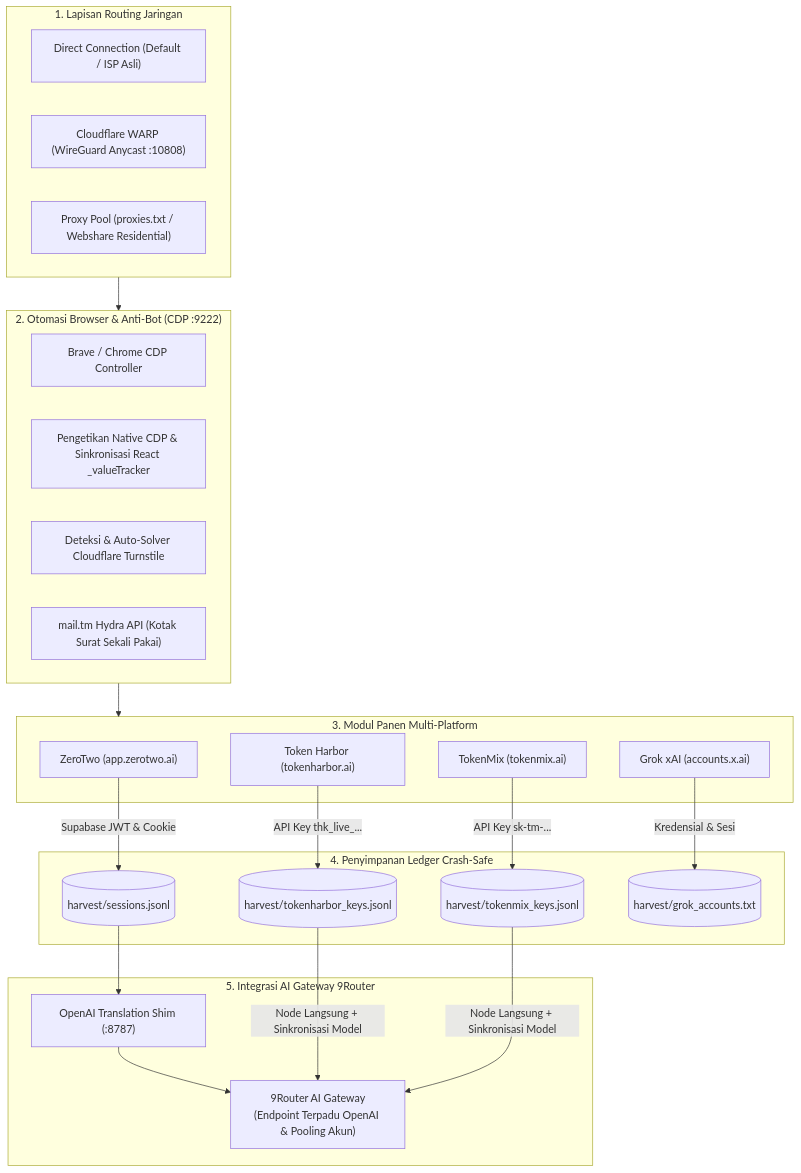
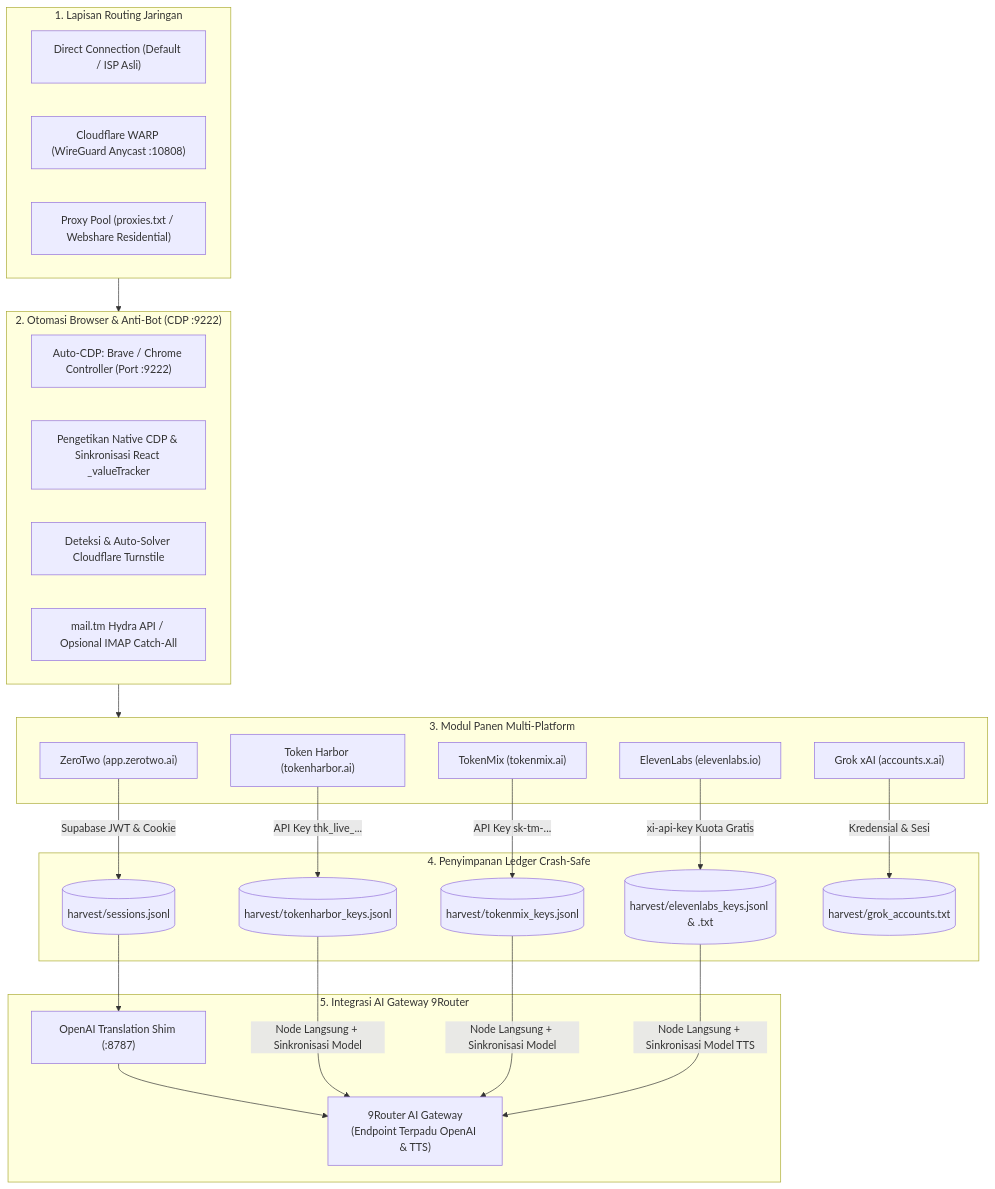
One commit to Hazz-i/llm-harvester changed the diagram in docs/README.id.md. Above: the diagram before and after it, drawn with Mermaid. The commit also changed other lines of this file and 13 other files, not shown here.

Commit message:
feat: integrate ElevenLabs key harvester, remove start-browser.sh and update auto-CDP

````diff
--- a/docs/README.id.md
+++ b/docs/README.id.md
@@ -89,46 +90,50 @@
 ```mermaid
 flowchart TD
     subgraph Routing["1. Lapisan Routing Jaringan"]
         R1["Direct Connection (Default / ISP Asli)"]
         R2["Cloudflare WARP (WireGuard Anycast :10808)"]
         R3["Proxy Pool (proxies.txt / Webshare Residential)"]
     end
 
     subgraph Automation["2. Otomasi Browser & Anti-Bot (CDP :9222)"]
-        CDP["Brave / Chrome CDP Controller"]
+        CDP["Auto-CDP: Brave / Chrome Controller (Port :9222)"]
         REACT["Pengetikan Native CDP & Sinkronisasi React _valueTracker"]
         TURN["Deteksi & Auto-Solver Cloudflare Turnstile"]
-        MAIL["mail.tm Hydra API (Kotak Surat Sekali Pakai)"]
+        MAIL["mail.tm Hydra API / Opsional IMAP Catch-All"]
     end
 
     subgraph Harvesters["3. Modul Panen Multi-Platform"]
         ZT["ZeroTwo (app.zerotwo.ai)"]
         TH["Token Harbor (tokenharbor.ai)"]
         TM["TokenMix (tokenmix.ai)"]
+        EL["ElevenLabs (elevenlabs.io)"]
         GK["Grok xAI (accounts.x.ai)"]
     end
 
     subgraph Storage["4. Penyimpanan Ledger Crash-Safe"]
         L_ZT[("harvest/sessions.jsonl")]
         L_TH[("harvest/tokenharbor_keys.jsonl")]
         L_TM[("harvest/tokenmix_keys.jsonl")]
+        L_EL[("harvest/elevenlabs_keys.jsonl & .txt")]
         L_GK[("harvest/grok_accounts.txt")]
     end
 
     subgraph Gateway["5. Integrasi AI Gateway 9Router"]
         SHIM["OpenAI Translation Shim (:8787)"]
-        ROUTER["9Router AI Gateway\n(Endpoint Terpadu OpenAI & Pooling Akun)"]
+        ROUTER["9Router AI Gateway\n(Endpoint Terpadu OpenAI & TTS)"]
     end
 
     Routing --> Automation
     Automation --> Harvesters
 
     ZT -->|Supabase JWT & Cookie| L_ZT
     TH -->|API Key thk_live_...| L_TH
     TM -->|API Key sk-tm-...| L_TM
+    EL -->|xi-api-key Kuota Gratis| L_EL
     GK -->|Kredensial & Sesi| L_GK
 
     L_ZT --> SHIM --> ROUTER
     L_TH -->|Node Langsung + Sinkronisasi Model| ROUTER
     L_TM -->|Node Langsung + Sinkronisasi Model| ROUTER
+    L_EL -->|Node Langsung + Sinkronisasi Model TTS| ROUTER
 ```
````
